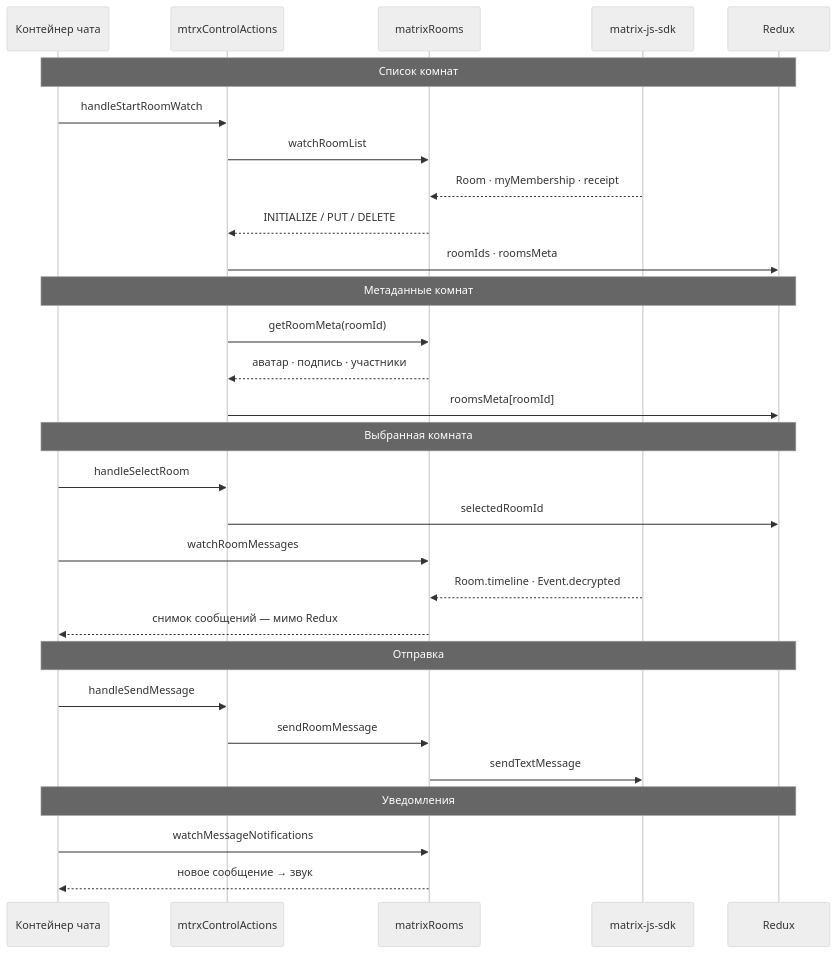
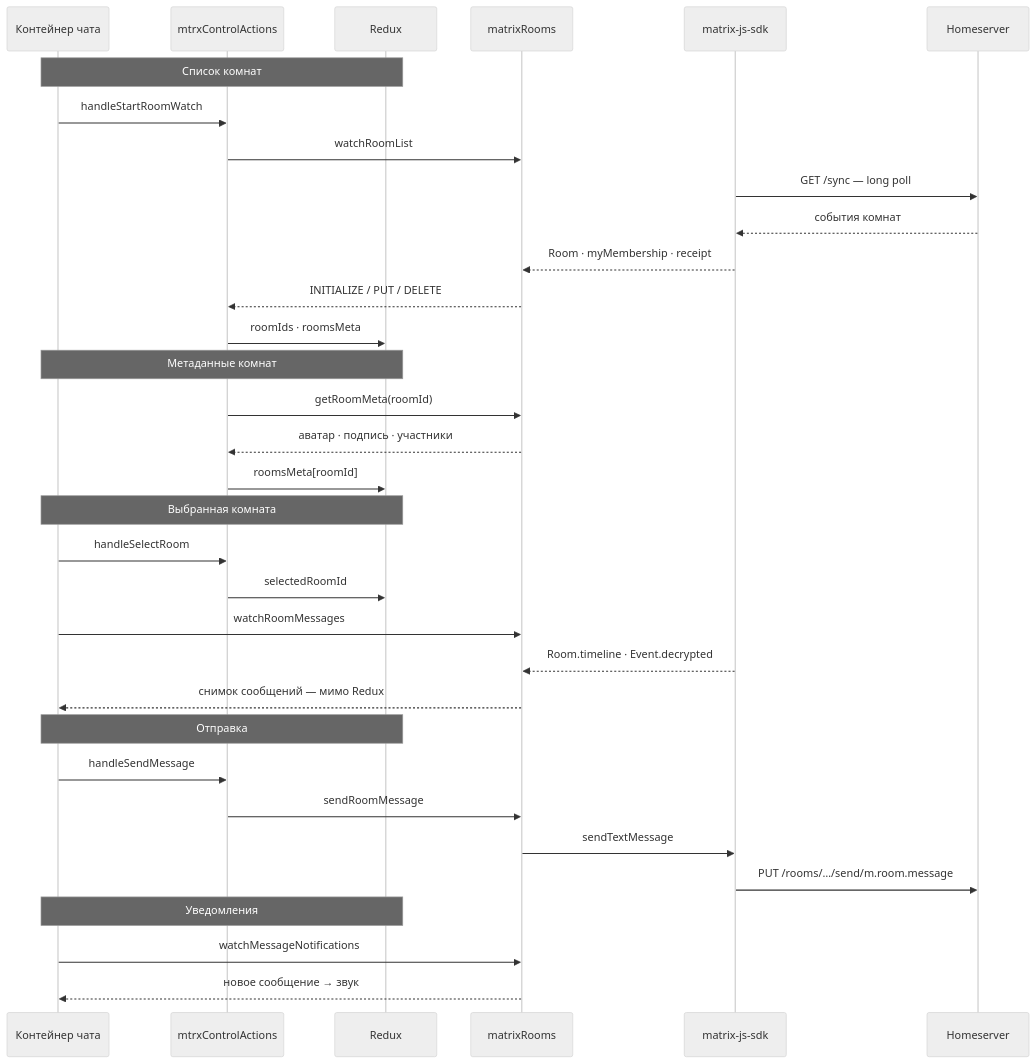
One commit to ars-anosov/matrix-react changed the third of 5 diagrams in docs/STATE.md. Above: the diagram before and after it, drawn with Mermaid (neutral theme). The commit also changed other lines of this file and 13 other files, not shown here.

````diff
--- a/docs/STATE.md
+++ b/docs/STATE.md
@@ -136,31 +149,35 @@
 ```mermaid
 sequenceDiagram
   participant UI as Контейнер чата
   participant Act as mtrxControlActions
+  participant RX as Redux
   participant R as matrixRooms
   participant SDK as matrix-js-sdk
-  participant RX as Redux
+  participant HS as Homeserver
   Note over UI,RX: Список комнат
   UI->>Act: handleStartRoomWatch
   Act->>R: watchRoomList
+  SDK->>HS: GET /sync — long poll
+  HS-->>SDK: события комнат
   SDK-->>R: Room · myMembership · receipt
   R-->>Act: INITIALIZE / PUT / DELETE
   Act->>RX: roomIds · roomsMeta
   Note over UI,RX: Метаданные комнат
   Act->>R: getRoomMeta(roomId)
   R-->>Act: аватар · подпись · участники
   Act->>RX: roomsMeta[roomId]
   Note over UI,RX: Выбранная комната
   UI->>Act: handleSelectRoom
   Act->>RX: selectedRoomId
   UI->>R: watchRoomMessages
   SDK-->>R: Room.timeline · Event.decrypted
   R-->>UI: снимок сообщений — мимо Redux
   Note over UI,RX: Отправка
   UI->>Act: handleSendMessage
   Act->>R: sendRoomMessage
   R->>SDK: sendTextMessage
+  SDK->>HS: PUT /rooms/…/send/m.room.message
   Note over UI,RX: Уведомления
   UI->>R: watchMessageNotifications
   R-->>UI: новое сообщение → звук
 ```
````
